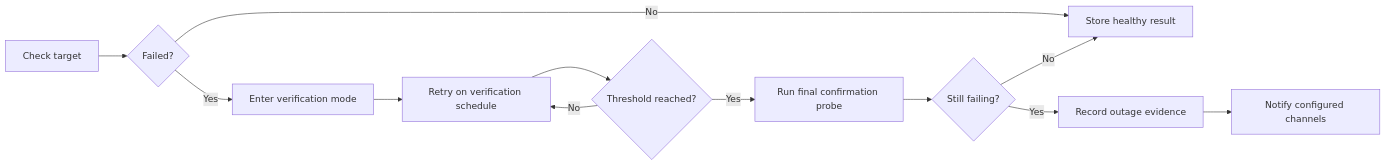
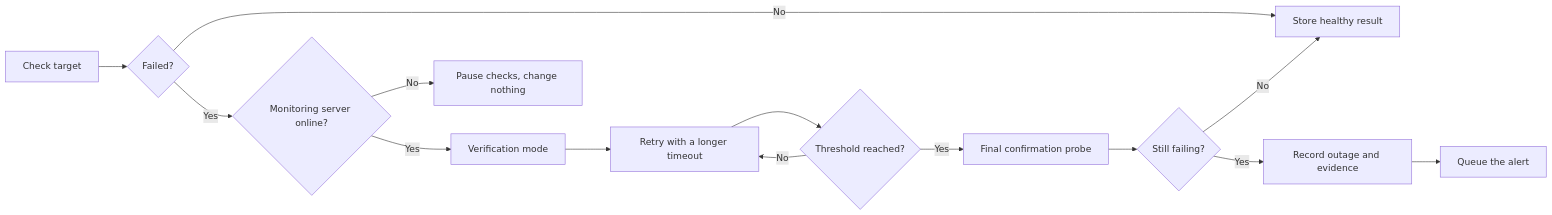
Before and after one commit to febroine/sentrovia-monitoring: the first of 2 diagrams in README.md, drawn with Mermaid. The commit also changed other lines of this file and 3 other files, not shown here.

````diff
--- a/README.md
+++ b/README.md
@@ -115,14 +141,16 @@
 ```mermaid
 flowchart LR
     A["Check target"] --> B{"Failed?"}
     B -- "No" --> C["Store healthy result"]
-    B -- "Yes" --> D["Enter verification mode"]
-    D --> E["Retry on verification schedule"]
+    B -- "Yes" --> K{"Monitoring server online?"}
+    K -- "No" --> P["Pause checks, change nothing"]
+    K -- "Yes" --> D["Verification mode"]
+    D --> E["Retry with a longer timeout"]
     E --> F{"Threshold reached?"}
     F -- "No" --> E
-    F -- "Yes" --> G["Run final confirmation probe"]
+    F -- "Yes" --> G["Final confirmation probe"]
     G --> H{"Still failing?"}
     H -- "No" --> C
-    H -- "Yes" --> I["Record outage evidence"]
-    I --> J["Notify configured channels"]
+    H -- "Yes" --> I["Record outage and evidence"]
+    I --> J["Queue the alert"]
 ```
````
